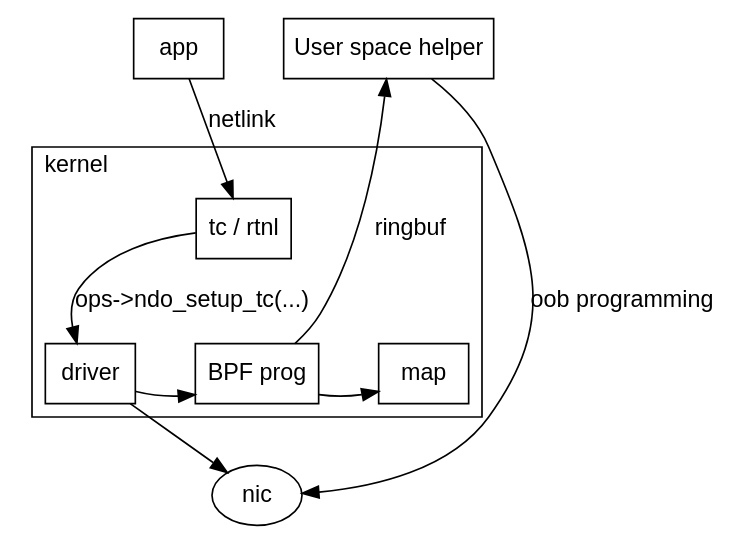
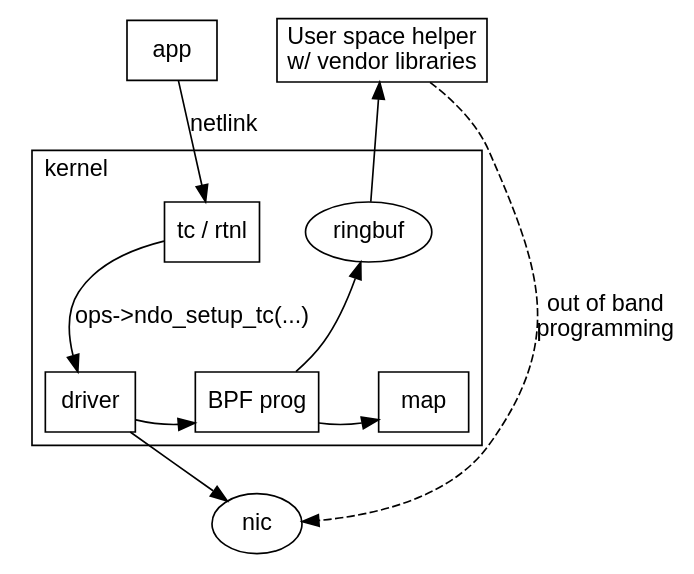
Before and after one commit to donaldh/opi-proto: the third of 4 diagrams in netlink/README.org, drawn with Graphviz. The commit also changed other lines of this file and 2 other files, not shown here.

Commit message:
Update couple of diagrams

```diff
--- a/netlink/README.org
+++ b/netlink/README.org
@@ -80,37 +80,39 @@
 #+begin_src dot :file bpf_enablement.png :tangle bpf_enablement.txt :exports results
  digraph mirror_state {
         fontname="Arial"
         node [fontname="Arial"]
         edge [fontname="Arial"]
 
         subgraph user_space {
                 app [shape=box]
-                listener [shape=box label="User space helper"]
+                listener [shape=box label="User space helper\nw/ vendor libraries"]
                 rank = same;
         }
         subgraph cluster_kernel {
                 label = "kernel"
                 labeljust = "l"
                 tc [shape=box; label="tc / rtnl"]
+                ringbuf
+                {rank = same; tc; ringbuf}
                 driver [shape=box]
                 bpf [shape=box label="BPF prog"]
                 map [shape=box]
                 {rank = same; driver; bpf; map;}
         }
 
         app -> tc [label="netlink"]
-        bpf -> listener [label="ringbuf"]
+        bpf -> ringbuf -> listener
         tc -> driver [label="ops->ndo_setup_tc(...)"]
         driver -> nic
         driver -> bpf
         bpf -> map
 
-        listener -> nic [label="oob programming"]
+        listener -> nic [label="out of band\nprogramming" style=dashed]
 
         edge[style=invis]
         listener->tc->bpf->nic
         driver->bpf->map
         app->listener
 
  }
 #+end_src
```
